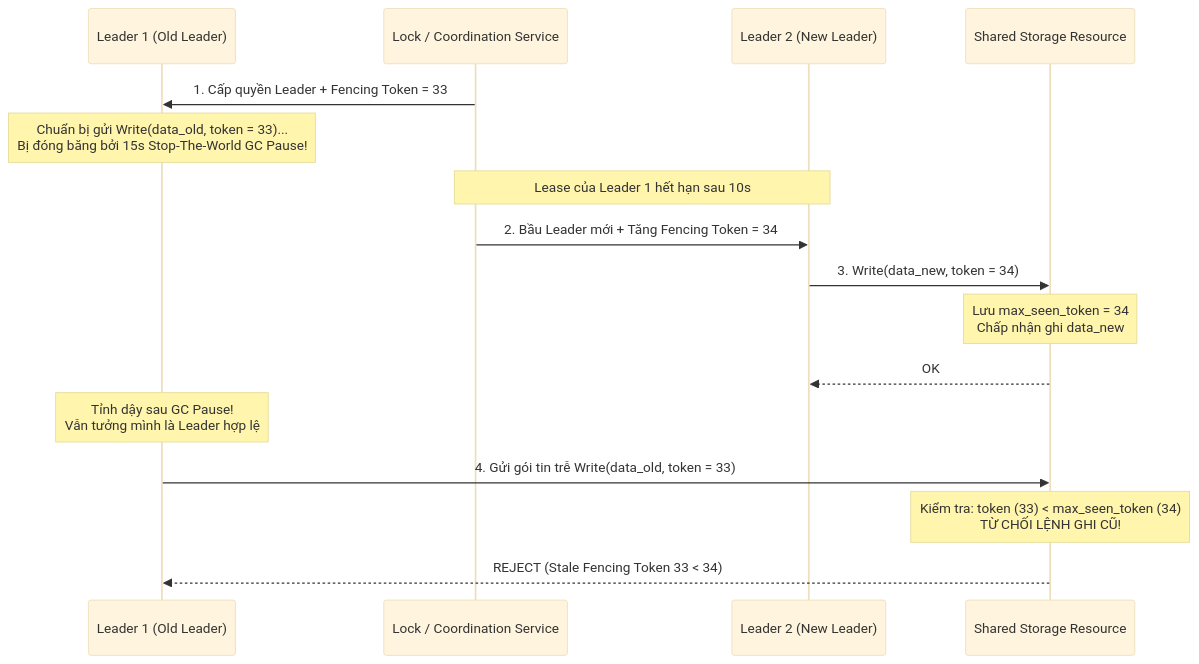
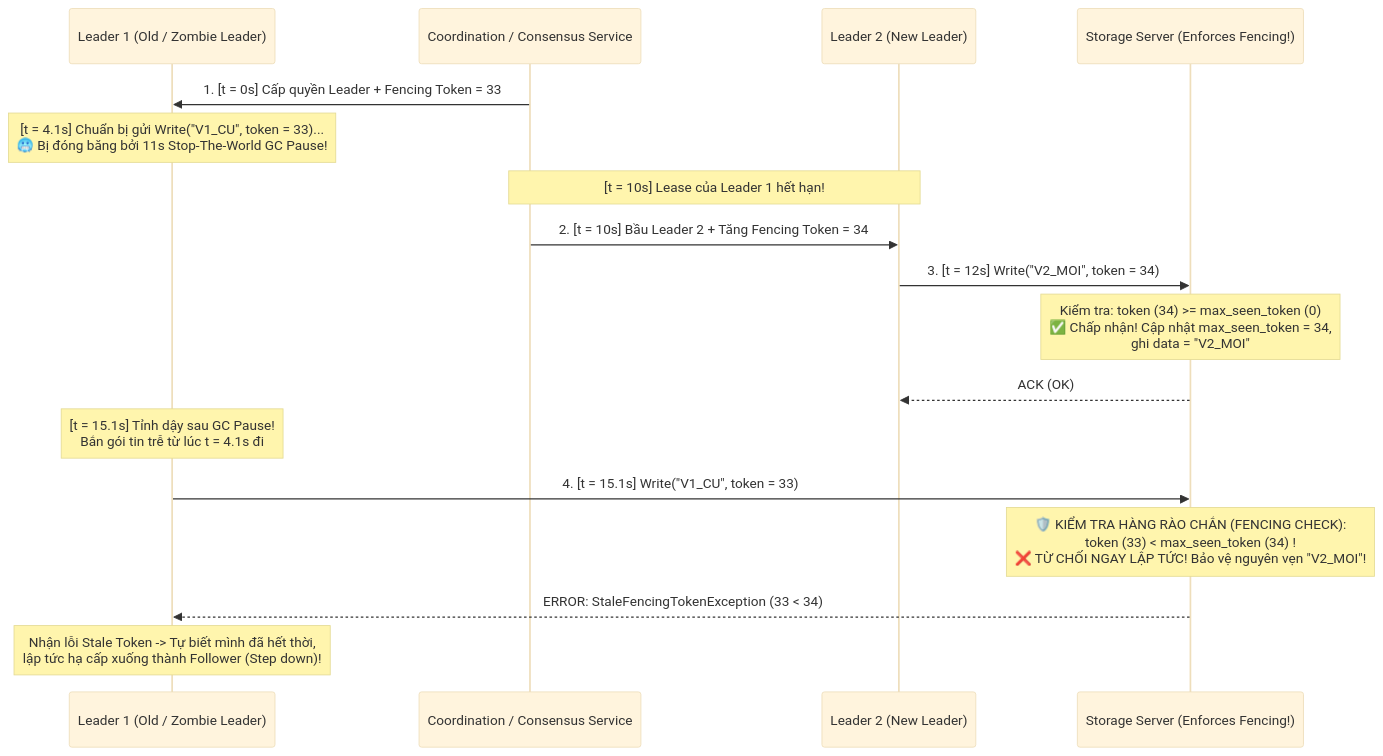
Before and after one commit to namaewanam/namaewanam.github.io: the third of 3 diagrams in docs/Database-Internals-Notes/database-internals-chapter10.vi.md, drawn with Mermaid (base theme). The commit also changed other lines of this file and 29 other files, not shown here.

````diff
--- a/docs/Database-Internals-Notes/database-internals-chapter10.vi.md
+++ b/docs/Database-Internals-Notes/database-internals-chapter10.vi.md
@@ -103,19 +296,20 @@
 ```mermaid
 sequenceDiagram
-    participant L1 as Leader 1 (Old Leader)
-    participant Coord as Lock / Coordination Service
+    participant L1 as Leader 1 (Old / Zombie Leader)
+    participant Coord as Coordination / Consensus Service
     participant L2 as Leader 2 (New Leader)
-    participant Store as Shared Storage Resource
+    participant Store as Storage Server (Enforces Fencing!)
 
-    Coord->>L1: 1. Cấp quyền Leader + Fencing Token = 33
-    Note over L1: Chuẩn bị gửi Write(data_old, token = 33)...<br/>Bị đóng băng bởi 15s Stop-The-World GC Pause!
-    Note over Coord,L2: Lease của Leader 1 hết hạn sau 10s
-    Coord->>L2: 2. Bầu Leader mới + Tăng Fencing Token = 34
-    L2->>Store: 3. Write(data_new, token = 34)
-    Note over Store: Lưu max_seen_token = 34<br/>Chấp nhận ghi data_new
-    Store-->>L2: OK
-    Note over L1: Tỉnh dậy sau GC Pause!<br/>Vẫn tưởng mình là Leader hợp lệ
-    L1->>Store: 4. Gửi gói tin trễ Write(data_old, token = 33)
-    Note over Store: Kiểm tra: token (33) < max_seen_token (34)<br/>TỪ CHỐI LỆNH GHI CŨ!
-    Store-->>L1: REJECT (Stale Fencing Token 33 < 34)
+    Coord->>L1: 1. [t = 0s] Cấp quyền Leader + Fencing Token = 33
+    Note over L1: [t = 4.1s] Chuẩn bị gửi Write("V1_CU", token = 33)...<br/>🥶 Bị đóng băng bởi 11s Stop-The-World GC Pause!
+    Note over Coord,L2: [t = 10s] Lease của Leader 1 hết hạn!
+    Coord->>L2: 2. [t = 10s] Bầu Leader 2 + Tăng Fencing Token = 34
+    L2->>Store: 3. [t = 12s] Write("V2_MOI", token = 34)
+    Note over Store: Kiểm tra: token (34) >= max_seen_token (0)<br/>✅ Chấp nhận! Cập nhật max_seen_token = 34,<br/>ghi data = "V2_MOI"
+    Store-->>L2: ACK (OK)
+    Note over L1: [t = 15.1s] Tỉnh dậy sau GC Pause!<br/>Bắn gói tin trễ từ lúc t = 4.1s đi
+    L1->>Store: 4. [t = 15.1s] Write("V1_CU", token = 33)
+    Note over Store: 🛡️ KIỂM TRA HÀNG RÀO CHẮN (FENCING CHECK):<br/>token (33) < max_seen_token (34) !<br/>❌ TỪ CHỐI NGAY LẬP TỨC! Bảo vệ nguyên vẹn "V2_MOI"!
+    Store-->>L1: ERROR: StaleFencingTokenException (33 < 34)
+    Note over L1: Nhận lỗi Stale Token -> Tự biết mình đã hết thời,<br/>lập tức hạ cấp xuống thành Follower (Step down)!
 ```
````
